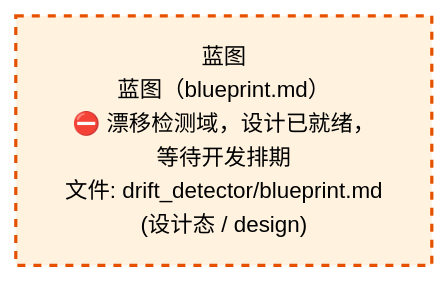
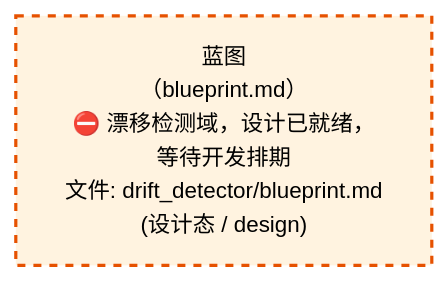
One commit to xuanFelixVan/ZephyrAlpha changed the third of 4 diagrams in docs/02_enterprise_architecture/02_domain_architecture_docs/52_d_gov_drift.md. Above: the diagram before and after it, drawn with Mermaid. The commit also changed other lines of this file and 63 other files, not shown here.

````diff
--- a/docs/02_enterprise_architecture/02_domain_architecture_docs/52_d_gov_drift.md
+++ b/docs/02_enterprise_architecture/02_domain_architecture_docs/52_d_gov_drift.md
@@ -457,10 +457,10 @@
 ```mermaid
 %%{init: {'theme': 'base', 'themeVariables': {'primaryColor': '#eaeaea', 'primaryTextColor': '#333333', 'primaryBorderColor': '#666666', 'lineColor': '#666666', 'secondaryColor': '#eaeaea', 'tertiaryColor': '#eaeaea', 'fontSize': '14px'}}}%%
 flowchart TD
-    docs_03_modules_domain_governance_drift_detector_blueprint_md["蓝图<br/>蓝图（blueprint.md）<br/>⛔ 漂移检测域，设计已就绪，等待开发排期<br/>文件: drift_detector/blueprint.md<br/>(设计态 / design)"]
+    docs_03_modules_domain_governance_drift_detector_blueprint_md["蓝图<br/>（blueprint.md）<br/>⛔ 漂移检测域，设计已就绪，等待开发排期<br/>文件: drift_detector/blueprint.md<br/>(设计态 / design)"]
     classDef production fill:#e1f5fe,stroke:#01579b,stroke-width:2px,color:#000
     classDef design fill:#fff3e0,stroke:#e65100,stroke-width:2px,color:#000,stroke-dasharray: 5 5
     classDef external_prod fill:#e8f4fd,stroke:#0277bd,stroke-width:1px,color:#000
     classDef external_design fill:#fff8e7,stroke:#ef6c00,stroke-width:1px,color:#000,stroke-dasharray: 5 5
     class docs_03_modules_domain_governance_drift_detector_blueprint_md design
 ```
````
